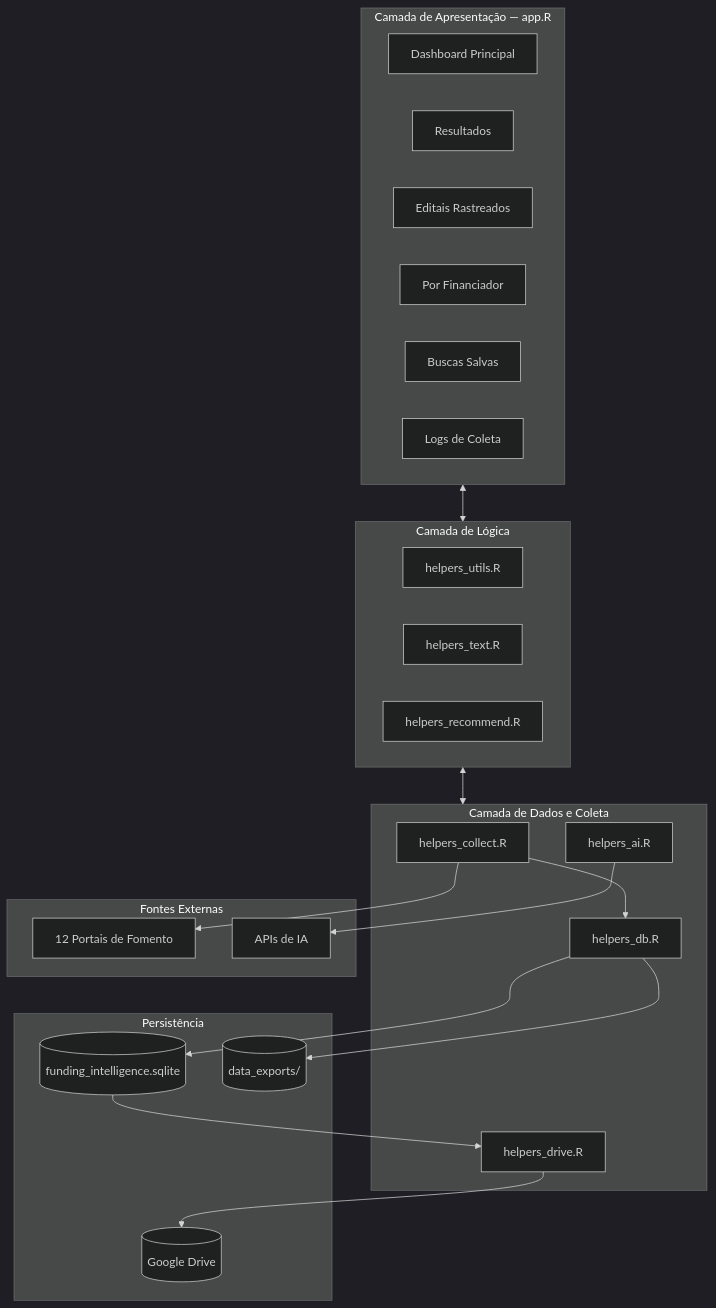
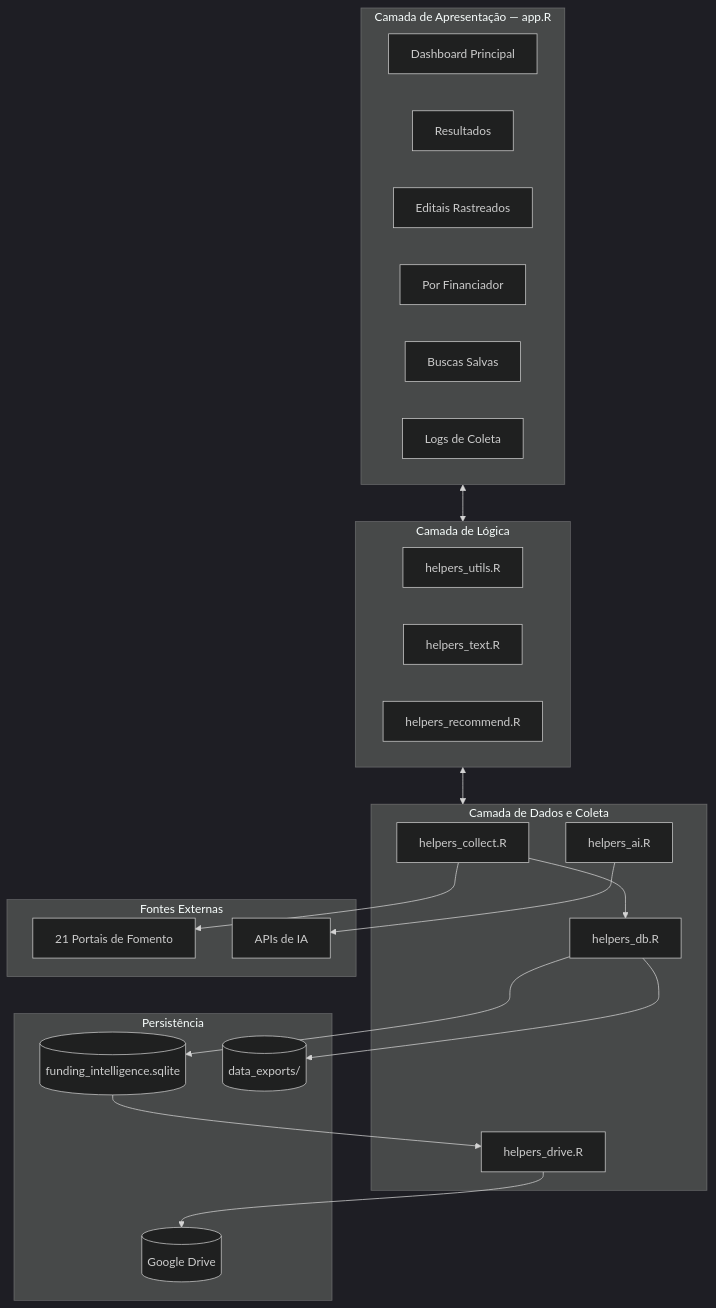
Before and after one commit to NEI-Senai-Cimatec/funding_intelligence: the diagram in README.md, drawn with Mermaid (dark theme). The commit also changed other lines of this file and 3 other files, not shown here.

````diff
--- a/README.md
+++ b/README.md
@@ -71,45 +71,45 @@
 ```mermaid
 flowchart TD
     subgraph UI [Camada de Apresentação — app.R]
         Dashboard[Dashboard Principal]
         TabResultados[Resultados]
         TabRastreados[Editais Rastreados]
         TabFinanciador[Por Financiador]
         TabBuscas[Buscas Salvas]
         TabLogs[Logs de Coleta]
     end
 
     subgraph Core [Camada de Lógica]
         Utils[helpers_utils.R]
         TextSearch[helpers_text.R]
         Recommend[helpers_recommend.R]
     end
 
     subgraph Data [Camada de Dados e Coleta]
         Collect[helpers_collect.R]
         DB[helpers_db.R]
         AI[helpers_ai.R]
         Drive[helpers_drive.R]
     end
 
     subgraph Storage [Persistência]
         SQLite[(funding_intelligence.sqlite)]
         GDrive[(Google Drive)]
         Exports[(data_exports/)]
     end
 
     subgraph External [Fontes Externas]
-        Fontes[12 Portais de Fomento]
+        Fontes[21 Portais de Fomento]
         LLMAPIs[APIs de IA]
     end
 
     UI <--> Core
     Core <--> Data
     Collect --> Fontes
     AI --> LLMAPIs
     DB --> SQLite
     Drive --> GDrive
     Collect --> DB
     DB --> Exports
     SQLite --> Drive
 ```
````
